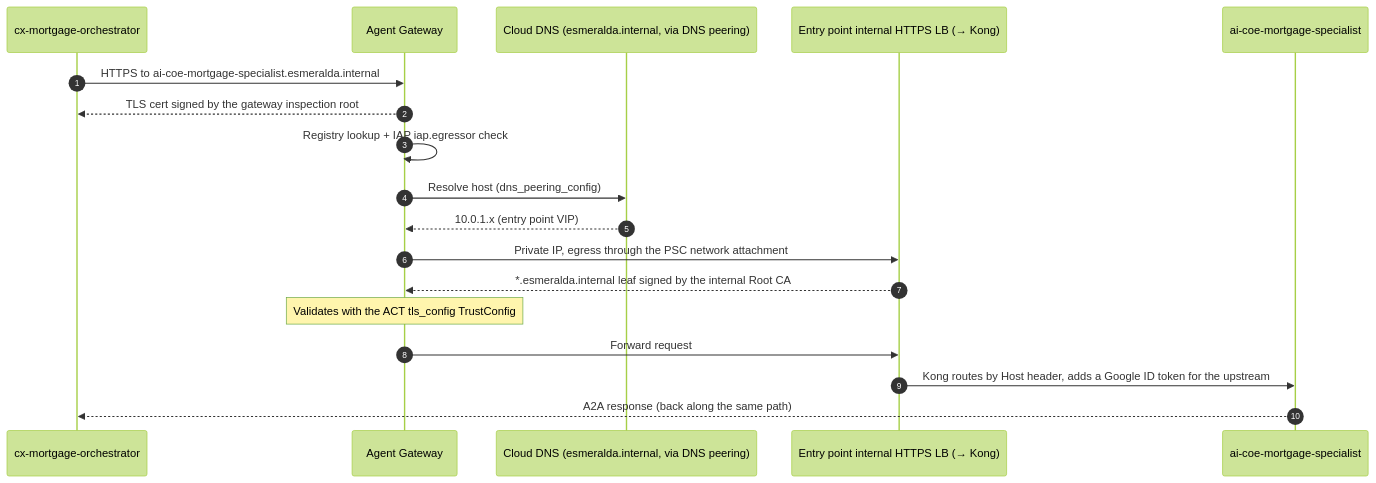
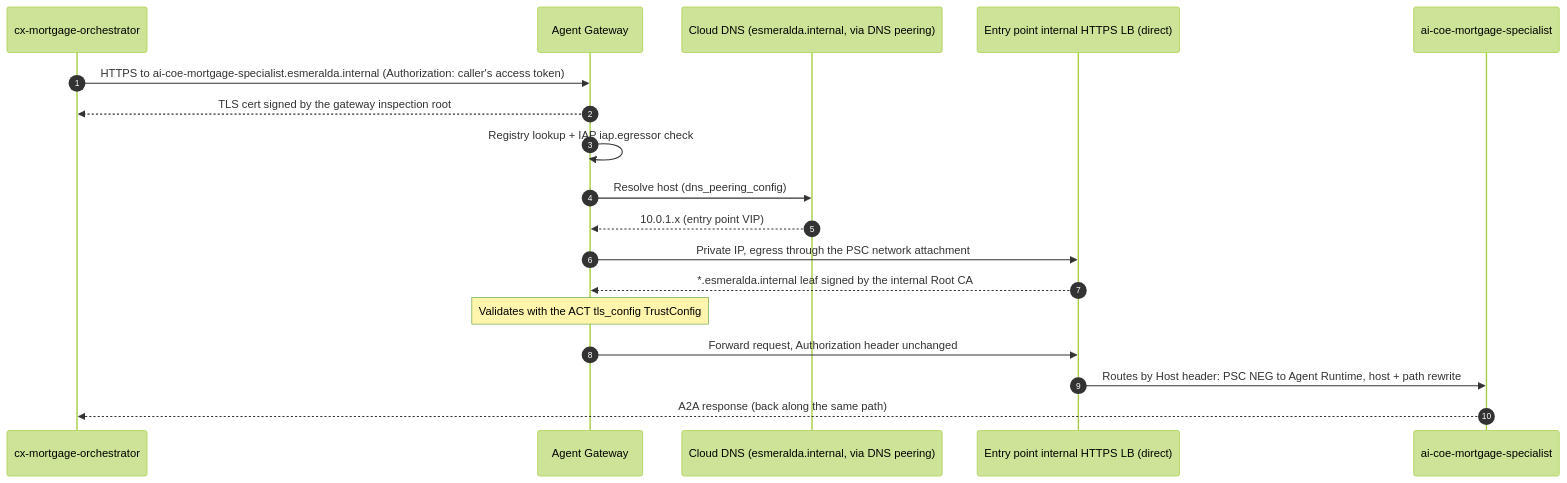
The third of 4 diagrams in docs/src/3-agentops-and-lifecycle/01-central-agent-gateway.md (google/esmeralda), drawn with Mermaid (forest theme) before and after one commit. The commit also changed other lines of this file and 93 other files, not shown here.

Commit message:
feat(gateway): built-in direct backend by default, service catalog, and remove Kong

````diff
--- a/docs/src/3-agentops-and-lifecycle/01-central-agent-gateway.md
+++ b/docs/src/3-agentops-and-lifecycle/01-central-agent-gateway.md
@@ -307,21 +307,21 @@
 ```mermaid
 sequenceDiagram
     autonumber
     participant O as cx-mortgage-orchestrator
     participant G as Agent Gateway
     participant D as Cloud DNS (esmeralda.internal, via DNS peering)
-    participant K as Entry point internal HTTPS LB (→ Kong)
+    participant K as Entry point internal HTTPS LB (direct)
     participant S as ai-coe-mortgage-specialist
 
-    O->>G: HTTPS to ai-coe-mortgage-specialist.esmeralda.internal
+    O->>G: HTTPS to ai-coe-mortgage-specialist.esmeralda.internal (Authorization: caller's access token)
     G-->>O: TLS cert signed by the gateway inspection root
     G->>G: Registry lookup + IAP iap.egressor check
     G->>D: Resolve host (dns_peering_config)
     D-->>G: 10.0.1.x (entry point VIP)
     G->>K: Private IP, egress through the PSC network attachment
     K-->>G: *.esmeralda.internal leaf signed by the internal Root CA
     Note over G: Validates with the ACT tls_config TrustConfig
-    G->>K: Forward request
-    K->>S: Kong routes by Host header, adds a Google ID token for the upstream
+    G->>K: Forward request, Authorization header unchanged
+    K->>S: Routes by Host header: PSC NEG to Agent Runtime, host + path rewrite
     S-->>O: A2A response (back along the same path)
 ```
````
